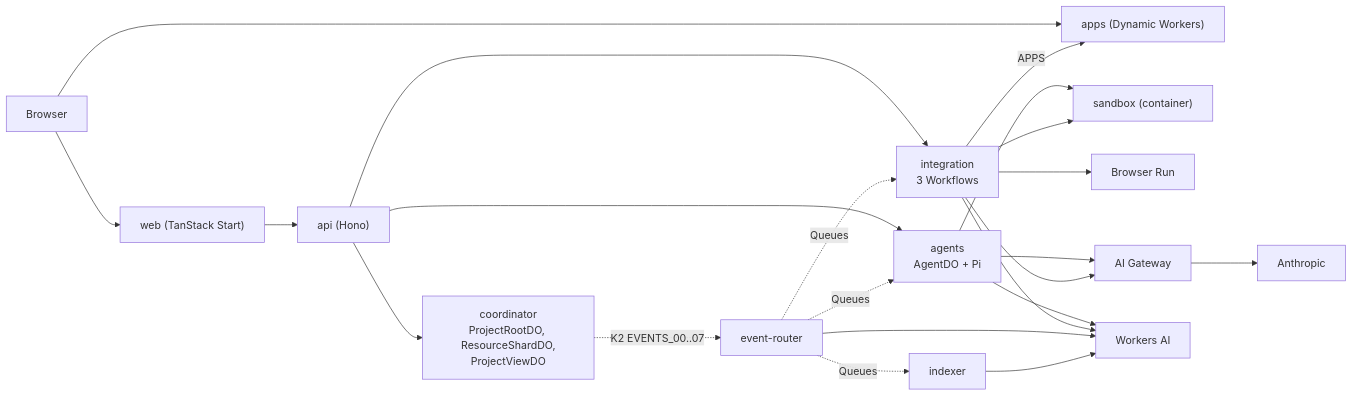
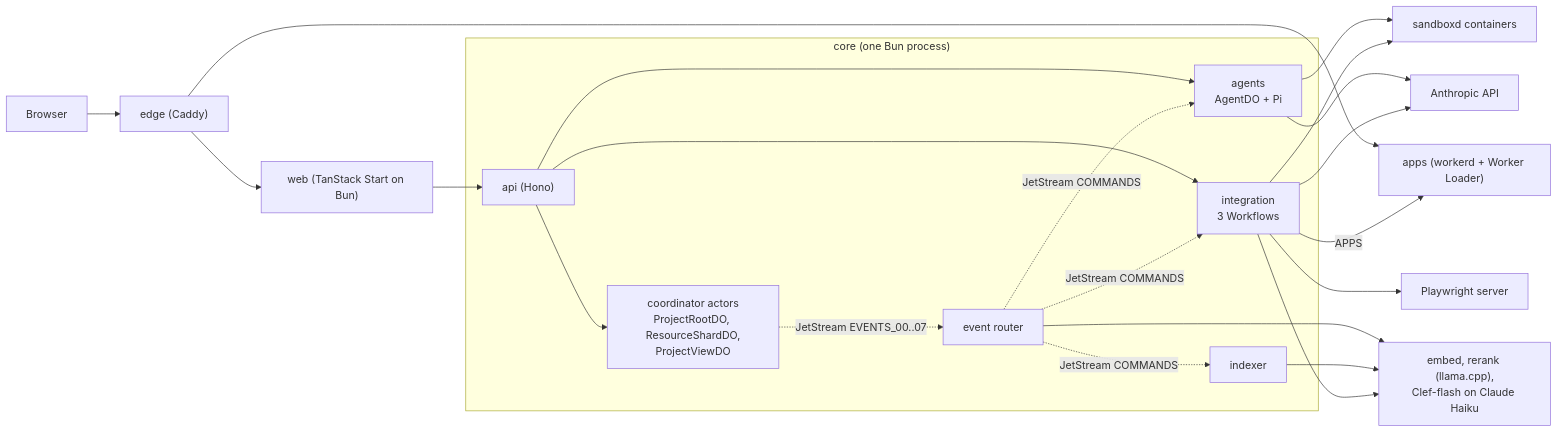
One commit to nsudhanva/rhumbatron changed the diagram in docs/architecture/tech-stack.md. Above: the diagram before and after it, drawn with Mermaid. The commit also changed other lines of this file and 322 other files, not shown here.

First line of the commit message:
feat!: run Rhumbatron as one Docker Compose stack on open-source backends

````diff
--- a/docs/architecture/tech-stack.md
+++ b/docs/architecture/tech-stack.md
@@ -13,24 +14,31 @@
 ```mermaid
 flowchart LR
-  USER["Browser"] --> WEB["web (TanStack Start)"]
-  USER --> APPS["apps (Dynamic Workers)"]
+  USER["Browser"] --> EDGE["edge (Caddy)"]
+  EDGE --> WEB["web (TanStack Start on Bun)"]
+  EDGE --> APPS["apps (workerd + Worker Loader)"]
   WEB --> API["api (Hono)"]
-  API --> COORD["coordinator<br/>ProjectRootDO, ResourceShardDO,<br/>ProjectViewDO"]
-  API --> INT["integration<br/>3 Workflows"]
-  API --> AG["agents<br/>AgentDO + Pi"]
-  COORD -.->|"K2 EVENTS_00..07"| ER["event-router"]
-  ER -.->|"Queues"| AG
-  ER -.->|"Queues"| INT
-  ER -.->|"Queues"| IDX["indexer"]
+  subgraph CORE["core (one Bun process)"]
+    API
+    COORD["coordinator actors<br/>ProjectRootDO, ResourceShardDO,<br/>ProjectViewDO"]
+    INT["integration<br/>3 Workflows"]
+    AG["agents<br/>AgentDO + Pi"]
+    ER["event router"]
+    IDX["indexer"]
+  end
+  API --> COORD
+  API --> INT
+  API --> AG
+  COORD -.->|"JetStream EVENTS_00..07"| ER
+  ER -.->|"JetStream COMMANDS"| AG
+  ER -.->|"JetStream COMMANDS"| INT
+  ER -.->|"JetStream COMMANDS"| IDX
   INT -->|"APPS"| APPS
-  AG --> SBX["sandbox (container)"]
+  AG --> SBX["sandboxd containers"]
   INT --> SBX
-  INT --> BR["Browser Run"]
-  AG --> GW["AI Gateway"]
-  INT --> GW
-  GW --> ANT["Anthropic"]
-  AG --> WAI["Workers AI"]
-  INT --> WAI
-  ER --> WAI
-  IDX --> WAI
+  INT --> BR["Playwright server"]
+  AG --> ANT["Anthropic API"]
+  INT --> ANT
+  ER --> SM["embed, rerank (llama.cpp),<br/>Clef-flash on Claude Haiku"]
+  IDX --> SM
+  INT --> SM
 ```
````
